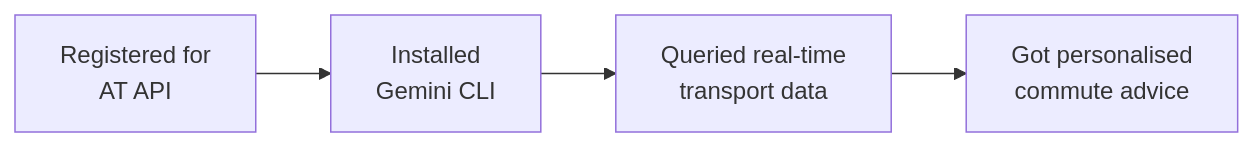
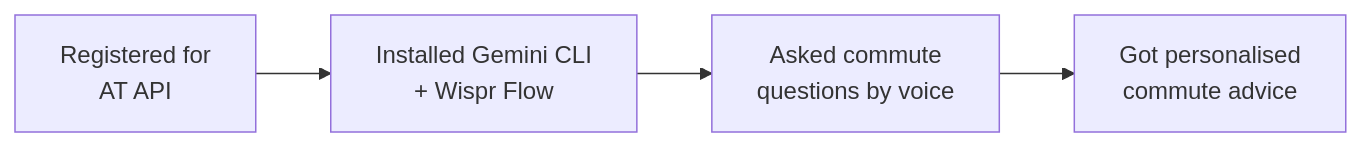
Before and after one commit to ChanMeng666/her-waka: the diagram in tutorial/auckland-commute/keep-going.mdx, drawn with Mermaid. The commit also changed other lines of this file and 38 other files, not shown here.

First line of the commit message:
feat: add voice-first Obsidian CLI tutorials and refactor all tutorials for Wispr Flow + Gemini CLI

````diff
--- a/tutorial/auckland-commute/keep-going.mdx
+++ b/tutorial/auckland-commute/keep-going.mdx
@@ -10,6 +10,6 @@
 ```mermaid
 flowchart LR
-    A["Registered for\nAT API"] --> B["Installed\nGemini CLI"]
-    B --> C["Queried real-time\ntransport data"]
+    A["Registered for\nAT API"] --> B["Installed Gemini CLI\n+ Wispr Flow"]
+    B --> C["Asked commute\nquestions by voice"]
     C --> D["Got personalised\ncommute advice"]
 ```
````
